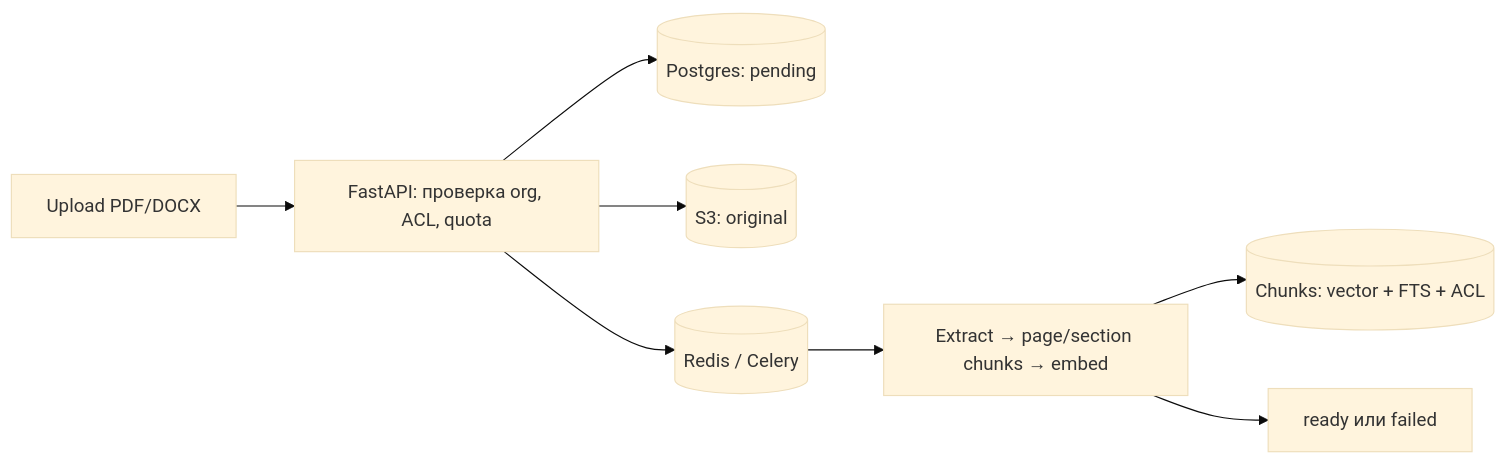
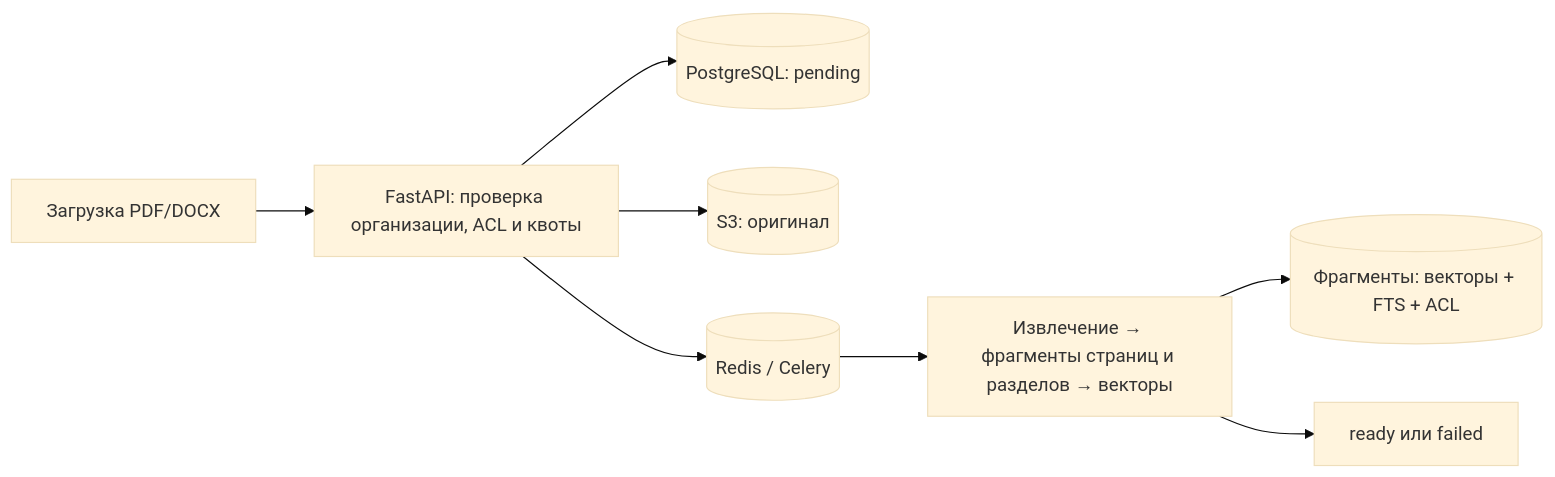
Before and after one commit to vladweat/docwise: the second of 3 diagrams in docs/product/architecture.md, drawn with Mermaid (base theme). The commit also changed other lines of this file and 51 other files, not shown here.

````diff
--- a/docs/product/architecture.md
+++ b/docs/product/architecture.md
@@ -47,10 +47,10 @@
 ```mermaid
 flowchart LR
-  Upload[Upload PDF/DOCX] --> API[FastAPI: проверка org, ACL, quota]
-  API --> DB[(Postgres: pending)]
-  API --> S3[(S3: original)]
+  Upload[Загрузка PDF/DOCX] --> API[FastAPI: проверка организации, ACL и квоты]
+  API --> DB[(PostgreSQL: pending)]
+  API --> S3[(S3: оригинал)]
   API --> Q[(Redis / Celery)]
-  Q --> Worker[Extract → page/section chunks → embed]
-  Worker --> DB2[(Chunks: vector + FTS + ACL)]
+  Q --> Worker[Извлечение → фрагменты страниц и разделов → векторы]
+  Worker --> DB2[(Фрагменты: векторы + FTS + ACL)]
   Worker --> Ready[ready или failed]
 ```
````
